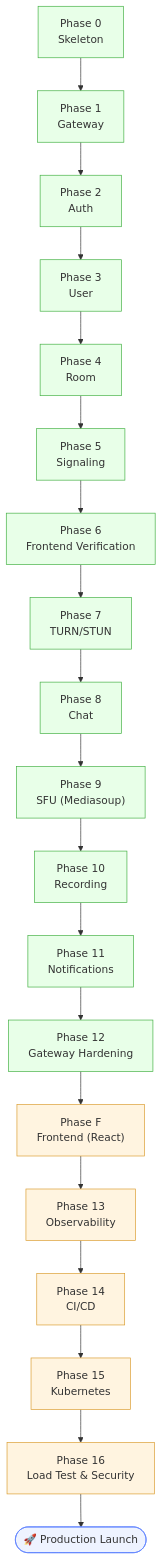
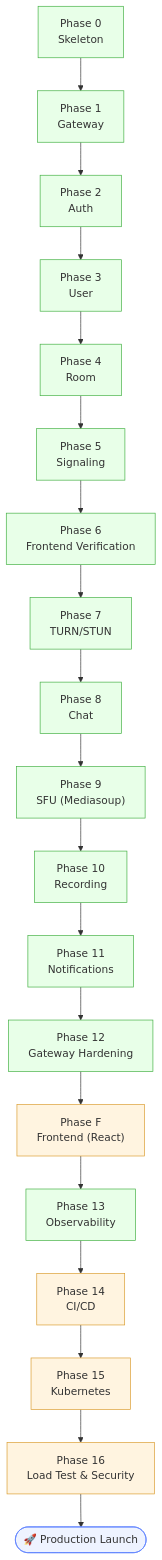
The ninth of 9 diagrams in STEP.MD (INDIAN-MEET/GOOGLE_MEET), drawn with Mermaid before and after one commit. The commit also changed other lines of this file and 3 other files, not shown here.

````diff
--- a/STEP.MD
+++ b/STEP.MD
@@ -393,41 +406,41 @@
 ```mermaid
 flowchart TD
     P0["Phase 0<br/>Skeleton"] --> P1["Phase 1<br/>Gateway"]
     P1 --> P2["Phase 2<br/>Auth"]
     P2 --> P3["Phase 3<br/>User"]
     P3 --> P4["Phase 4<br/>Room"]
     P4 --> P5["Phase 5<br/>Signaling"]
     P5 --> P6["Phase 6<br/>Frontend Verification"]
     P6 --> P7["Phase 7<br/>TURN/STUN"]
     P7 --> P8["Phase 8<br/>Chat"]
     P8 --> P9["Phase 9<br/>SFU (Mediasoup)"]
     P9 --> P10["Phase 10<br/>Recording"]
     P10 --> P11["Phase 11<br/>Notifications"]
     P11 --> P12["Phase 12<br/>Gateway Hardening"]
     P12 --> PF["Phase F<br/>Frontend (React)"]
     PF --> P13["Phase 13<br/>Observability"]
     P13 --> P14["Phase 14<br/>CI/CD"]
     P14 --> P15["Phase 15<br/>Kubernetes"]
     P15 --> P16["Phase 16<br/>Load Test & Security"]
     P16 --> Launch(["🚀 Production Launch"])
 
     style P0 fill:#e8ffe8,stroke:#3fae3f
     style P1 fill:#e8ffe8,stroke:#3fae3f
     style P2 fill:#e8ffe8,stroke:#3fae3f
     style P3 fill:#e8ffe8,stroke:#3fae3f
     style P4 fill:#e8ffe8,stroke:#3fae3f
     style P5 fill:#e8ffe8,stroke:#3fae3f
     style P6 fill:#e8ffe8,stroke:#3fae3f
     style P7 fill:#e8ffe8,stroke:#3fae3f
     style P8 fill:#e8ffe8,stroke:#3fae3f
     style P9 fill:#e8ffe8,stroke:#3fae3f
     style P10 fill:#e8ffe8,stroke:#3fae3f
     style P11 fill:#e8ffe8,stroke:#3fae3f
     style P12 fill:#e8ffe8,stroke:#3fae3f
     style PF fill:#fff4e0,stroke:#d99a2b
-    style P13 fill:#fff4e0,stroke:#d99a2b
+    style P13 fill:#e8ffe8,stroke:#3fae3f
     style P14 fill:#fff4e0,stroke:#d99a2b
     style P15 fill:#fff4e0,stroke:#d99a2b
     style P16 fill:#fff4e0,stroke:#d99a2b
     style Launch fill:#eef3ff,stroke:#5b7fff
 ```
````
